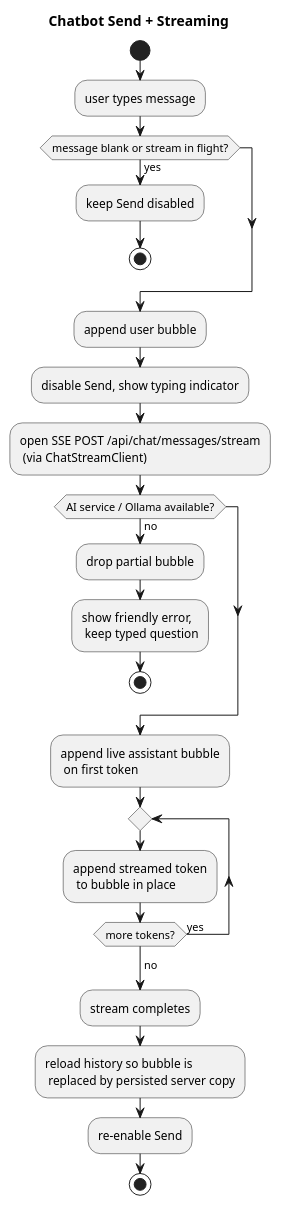
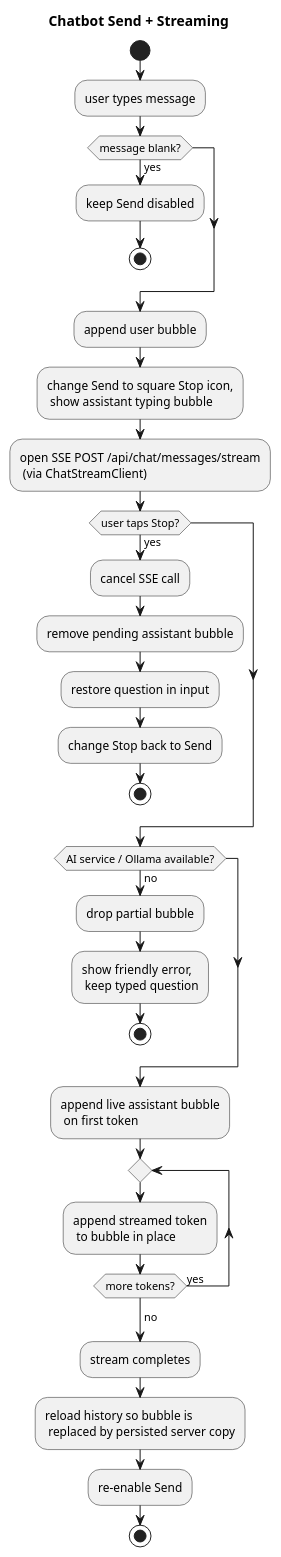
One commit to SA62-team4/mobile-application-dev-ca changed the fifth of 6 diagrams in docs/specs/07-plan-android-ui-flows.md. Above: the diagram before and after it, drawn with PlantUML. The commit also changed other lines of this file and 7 other files, not shown here.

````diff
--- a/docs/specs/07-plan-android-ui-flows.md
+++ b/docs/specs/07-plan-android-ui-flows.md
@@ -418,34 +425,42 @@
 ```plantuml
 @startuml
 title Chatbot Send + Streaming
 
 start
 :user types message;
-if (message blank or stream in flight?) then (yes)
+if (message blank?) then (yes)
   :keep Send disabled;
   stop
 endif
 :append user bubble;
-:disable Send, show typing indicator;
+:change Send to square Stop icon,
+ show assistant typing bubble;
 :open SSE POST /api/chat/messages/stream
  (via ChatStreamClient);
+if (user taps Stop?) then (yes)
+  :cancel SSE call;
+  :remove pending assistant bubble;
+  :restore question in input;
+  :change Stop back to Send;
+  stop
+endif
 if (AI service / Ollama available?) then (no)
   :drop partial bubble;
   :show friendly error,
    keep typed question;
   stop
 endif
 :append live assistant bubble
  on first token;
 repeat
   :append streamed token
    to bubble in place;
 repeat while (more tokens?) is (yes)
 ->no;
 :stream completes;
 :reload history so bubble is
  replaced by persisted server copy;
 :re-enable Send;
 stop
 @enduml
 ```
````
